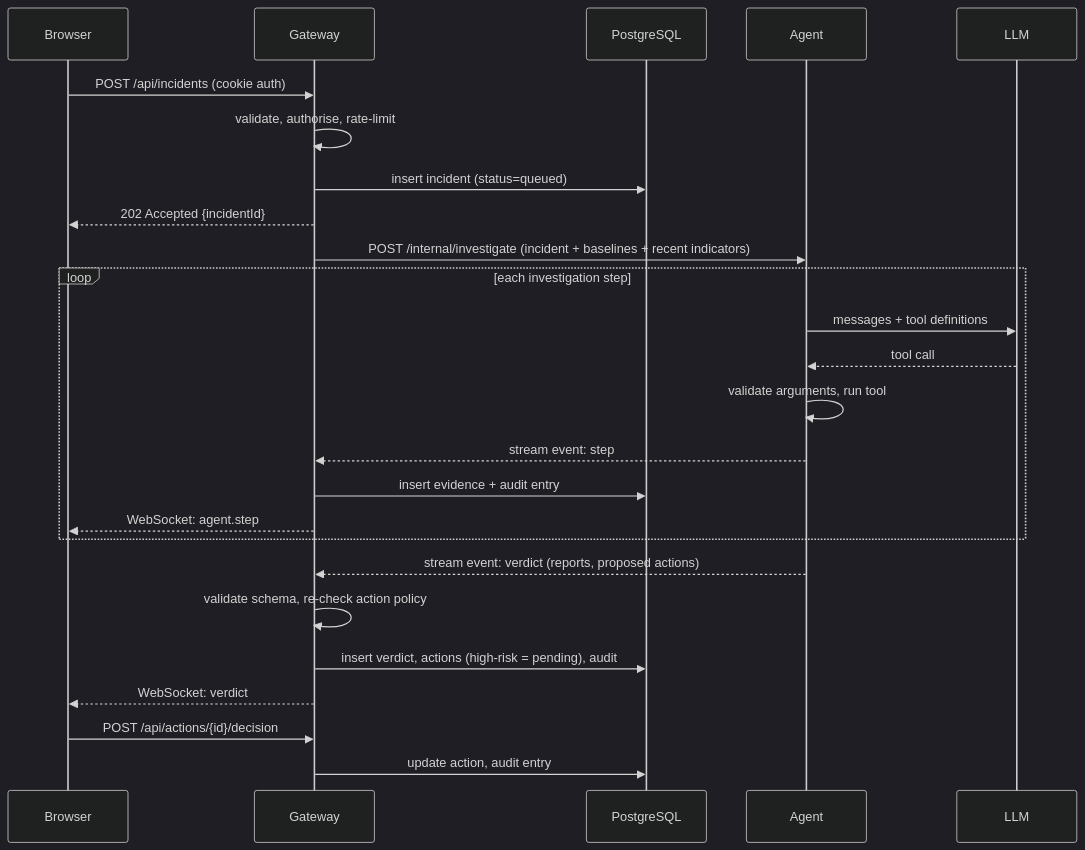
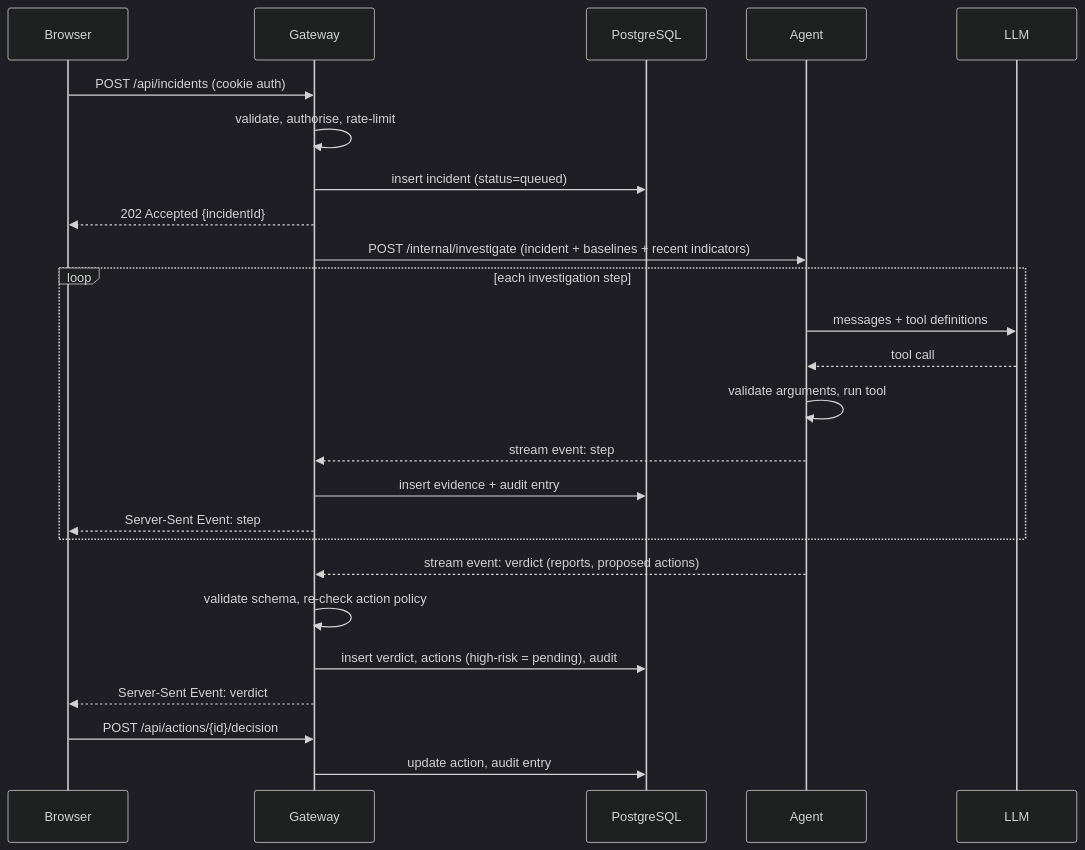
The second of 3 diagrams in docs/ARCHITECTURE.md (mKs2609/casewright), drawn with Mermaid (dark theme) before and after one commit. The commit also changed other lines of this file and 44 other files, not shown here.

````diff
--- a/docs/ARCHITECTURE.md
+++ b/docs/ARCHITECTURE.md
@@ -35,28 +35,28 @@
 ```mermaid
 sequenceDiagram
     participant B as Browser
     participant G as Gateway
     participant DB as PostgreSQL
     participant A as Agent
     participant L as LLM
 
     B->>G: POST /api/incidents (cookie auth)
     G->>G: validate, authorise, rate-limit
     G->>DB: insert incident (status=queued)
     G-->>B: 202 Accepted {incidentId}
     G->>A: POST /internal/investigate (incident + baselines + recent indicators)
     loop each investigation step
         A->>L: messages + tool definitions
         L-->>A: tool call
         A->>A: validate arguments, run tool
         A-->>G: stream event: step
         G->>DB: insert evidence + audit entry
-        G-->>B: WebSocket: agent.step
+        G-->>B: Server-Sent Event: step
     end
     A-->>G: stream event: verdict (reports, proposed actions)
     G->>G: validate schema, re-check action policy
     G->>DB: insert verdict, actions (high-risk = pending), audit
-    G-->>B: WebSocket: verdict
+    G-->>B: Server-Sent Event: verdict
     B->>G: POST /api/actions/{id}/decision
     G->>DB: update action, audit entry
 ```
````
